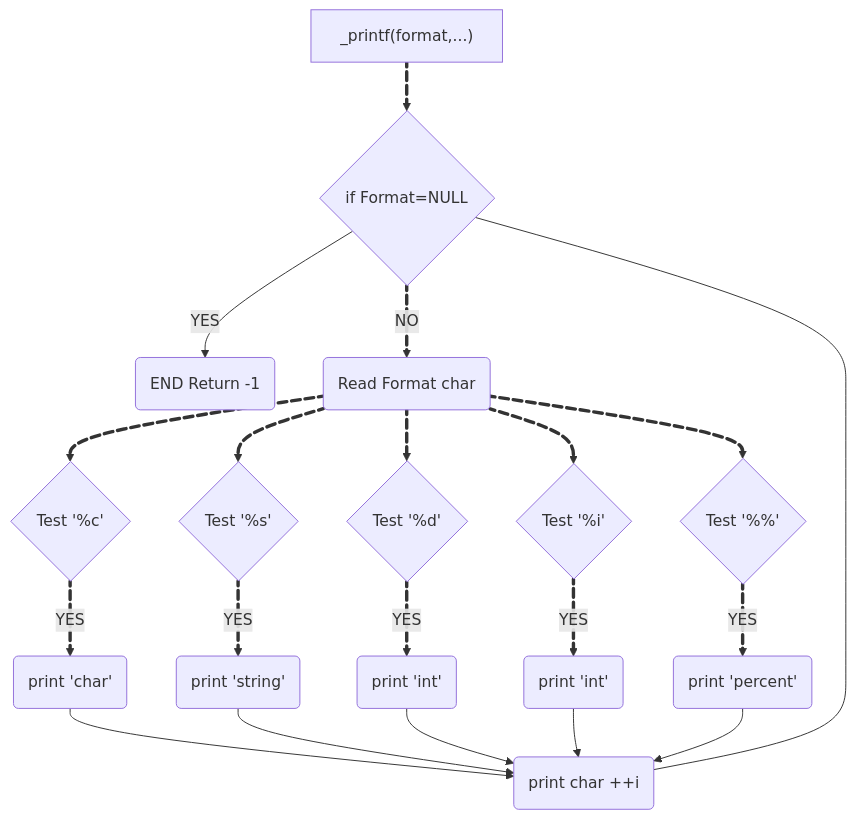
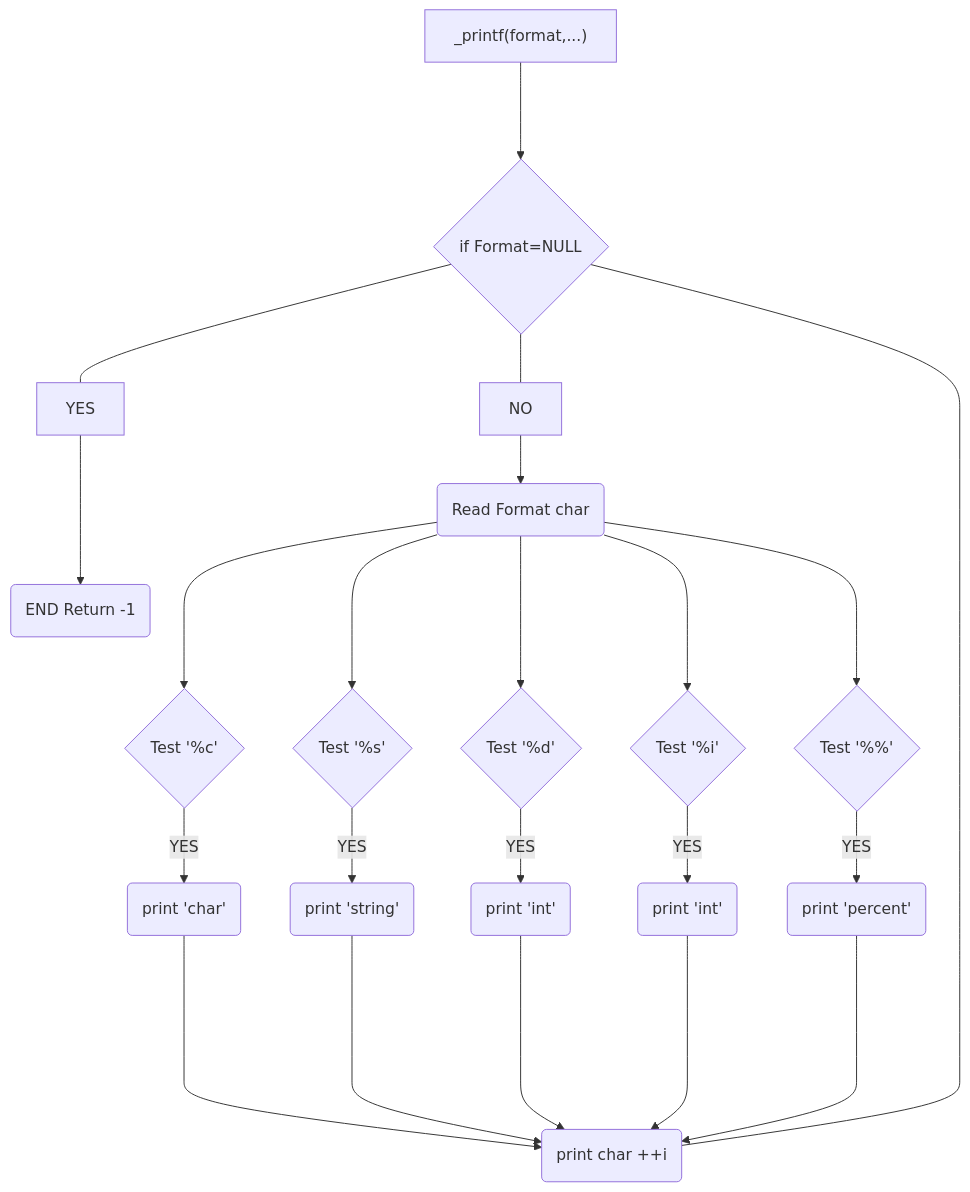
The diagram in README.md (Genia888/holbertonschool-printf), drawn with Mermaid before and after one commit.

Commit message:
update flowchart on Readme

````diff
--- a/README.md
+++ b/README.md
@@ -74,33 +74,19 @@
 ```mermaid
 flowchart TD
-    A["_printf(format,...)"] e1@==>B{"if Format=NULL"}
-    B -- YES --> I("END Return -1")
-    B e2@== NO ==> C("Read Format char")
-    C e3@==> D{Test '%c'} 
-    C e4@==> E{Test '%s' } 
-    C e5@==> F{Test '%d'}  
-    C e6@==> J{Test '%i'}  
-    C e7@==> K{Test '%%'}
-    D e8@== YES ==> 1(print 'char')
-    E e9@== YES ==> 2(print 'string')
-    F e10@== YES ==> 3(print 'int')
-    J e11@== YES ==> 4(print 'int')
-    K e12@== YES ==> 5(print 'percent')
-    1 & 2 & 3 & 4 & 5 --> M(print char ++i)
+    A["_printf(format,...)"] --->B{"if Format=NULL"}
+    B --- YES ---> I("END Return -1")
+    B --- NO --> C("Read Format char")
+    C ---> D{Test '%c'} 
+    C --> E{Test '%s' } 
+    C --> F{Test '%d'}  
+    C --> J{Test '%i'}  
+    C --> K{Test '%%'}
+    D -- YES --> 1(print 'char')
+    E -- YES --> 2(print 'string')
+    F -- YES --> 3(print 'int')
+    J -- YES --> 4(print 'int')
+    K -- YES --> 5(print 'percent')
+    1 & 2 & 3 & 4 & 5 -----> M(print char ++i)
     
     B --- M
-
-    
-  e1@{ animate: true }
-  e2@{ animate: true }
-  e3@{ animate: true }  
-  e4@{ animate: true }
-  e5@{ animate: true }
-  e6@{ animate: true }
-  e7@{ animate: true }
-  e8@{ animate: true }
-  e9@{ animate: true }
-  e10@{ animate: true }
-  e11@{ animate: true }
-  e12@{ animate: true }
 ```
````
